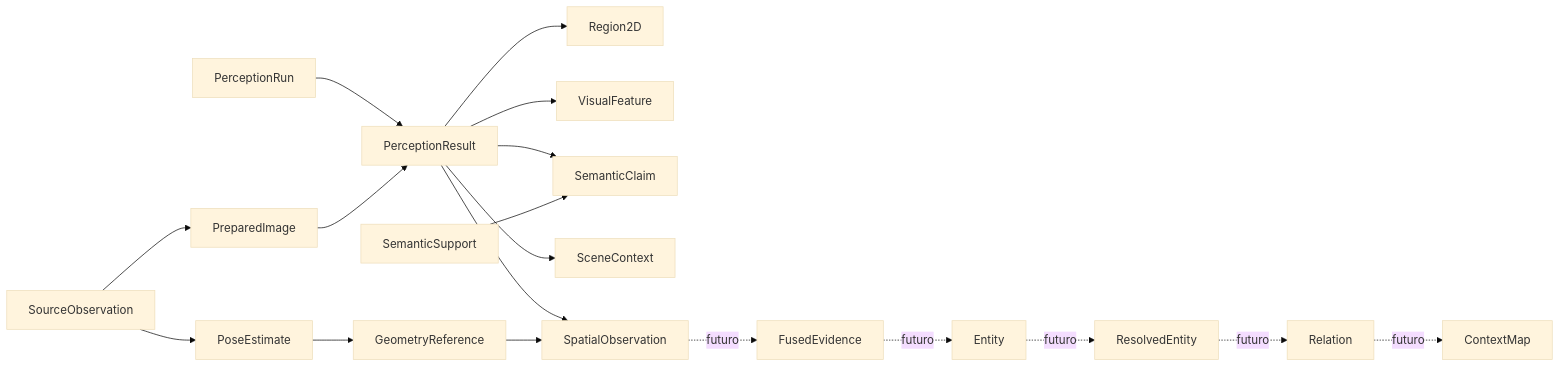
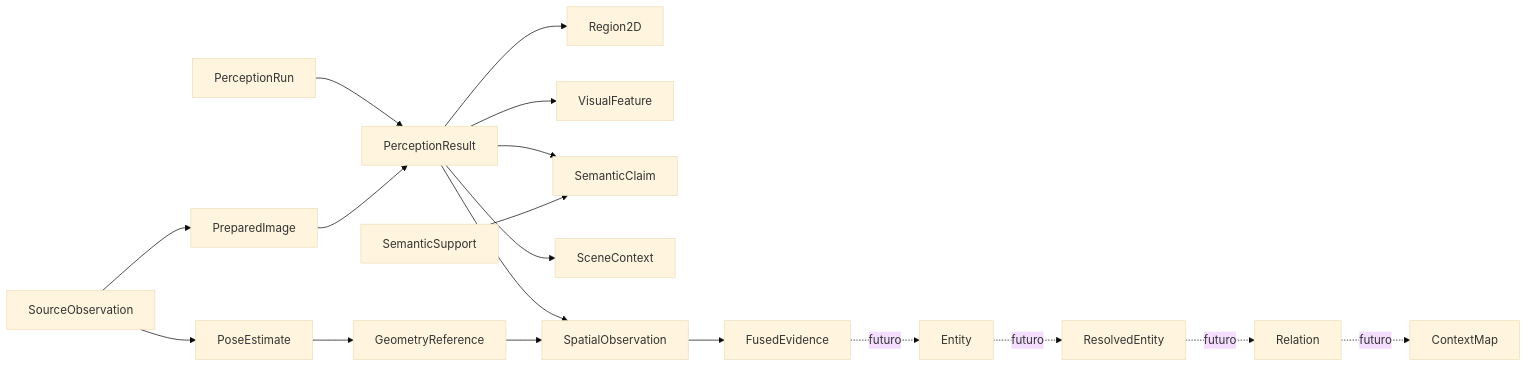
The second of 4 diagrams in docs/CONTRACTS.md (Alexandre-Tortoza/contextmap2), drawn with Mermaid (base theme) before and after one commit. The commit also changed other lines of this file and 6 other files, not shown here.

````diff
--- a/docs/CONTRACTS.md
+++ b/docs/CONTRACTS.md
@@ -41,21 +41,21 @@
 ```mermaid
 flowchart LR
     SO["SourceObservation"] --> PI["PreparedImage"]
     RUN["PerceptionRun"] --> PR["PerceptionResult"]
     PI --> PR
     PR --> R["Region2D"]
     PR --> VF["VisualFeature"]
     PR --> SC["SemanticClaim"]
     PR --> CTX["SceneContext"]
     SUP["SemanticSupport"] --> SC
 
     SO --> PE["PoseEstimate"]
     PE --> GM["GeometryReference"]
     PR --> SP["SpatialObservation"]
     GM --> SP
-    SP -. futuro .-> FE["FusedEvidence"]
+    SP --> FE["FusedEvidence"]
     FE -. futuro .-> E["Entity"]
     E -. futuro .-> RE["ResolvedEntity"]
     RE -. futuro .-> REL["Relation"]
     REL -. futuro .-> CM["ContextMap"]
 ```
````
